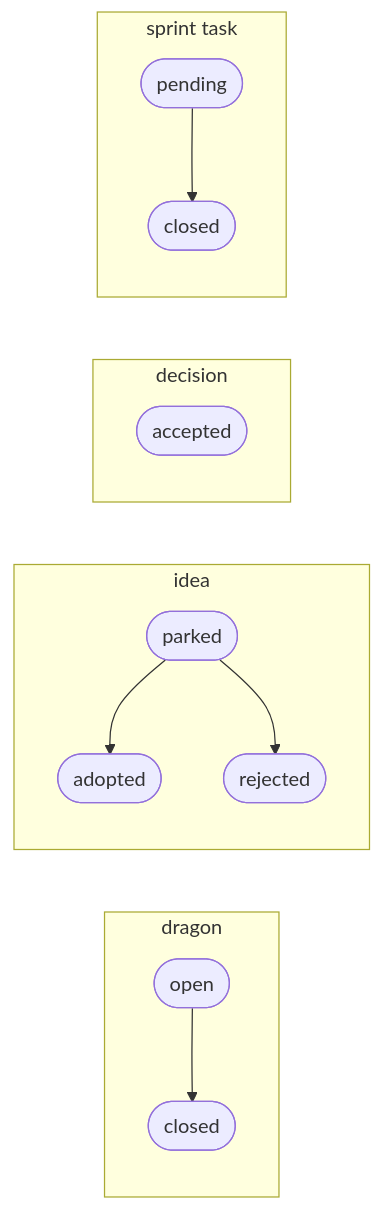
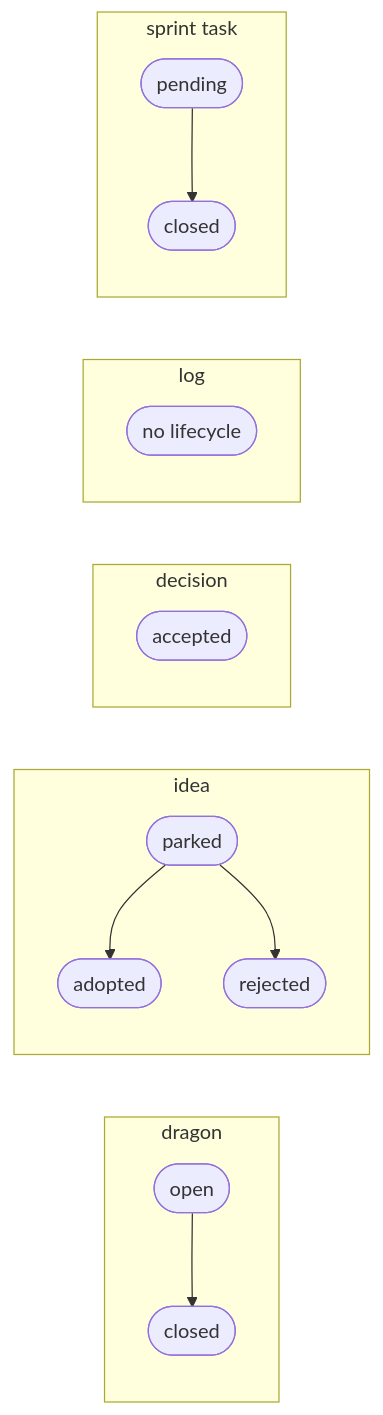
The second of 2 diagrams in README.md (henry-filgueiras/scarp), drawn with Mermaid before and after one commit. The commit also changed other lines of this file and 12 other files, not shown here.

````diff
--- a/README.md
+++ b/README.md
@@ -300,16 +300,19 @@
 ```mermaid
 flowchart LR
     subgraph dragon
         d1([open]) --> d2([closed])
     end
     subgraph idea
         i1([parked]) --> i2([adopted])
         i1 --> i3([rejected])
     end
     subgraph decision
         a1([accepted])
     end
+    subgraph log
+        l1([no lifecycle])
+    end
     subgraph task["sprint task"]
         t1([pending]) --> t2([closed])
     end
 ```
````
